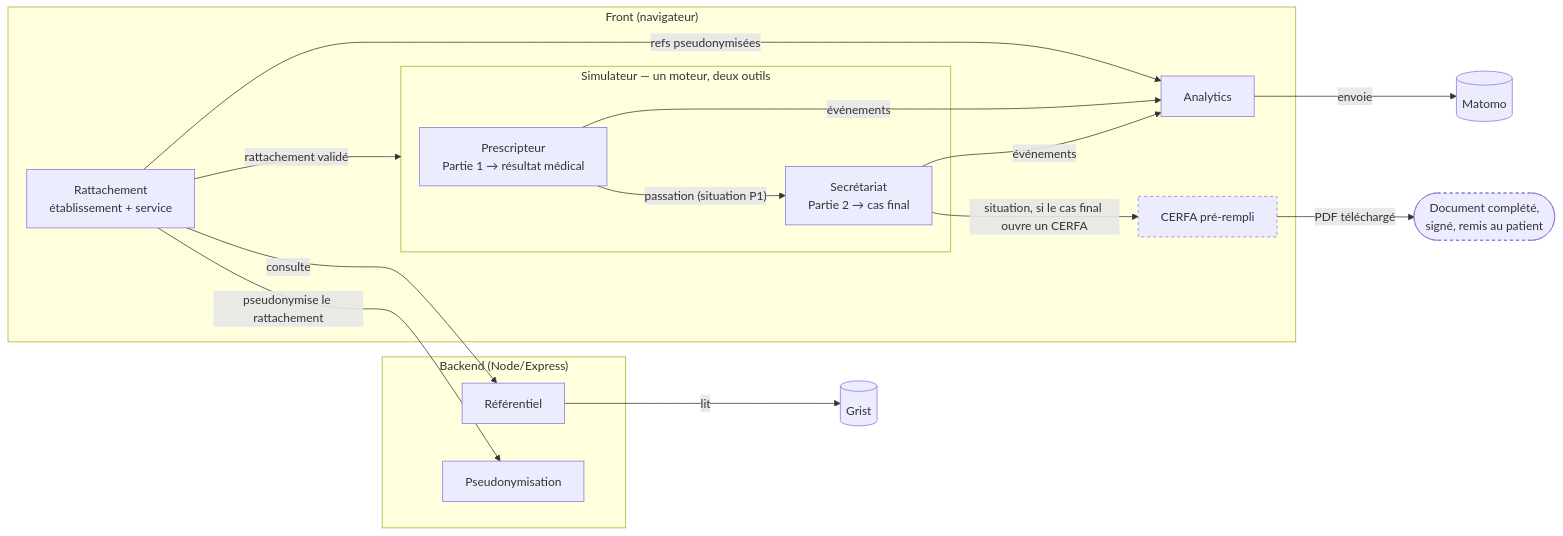
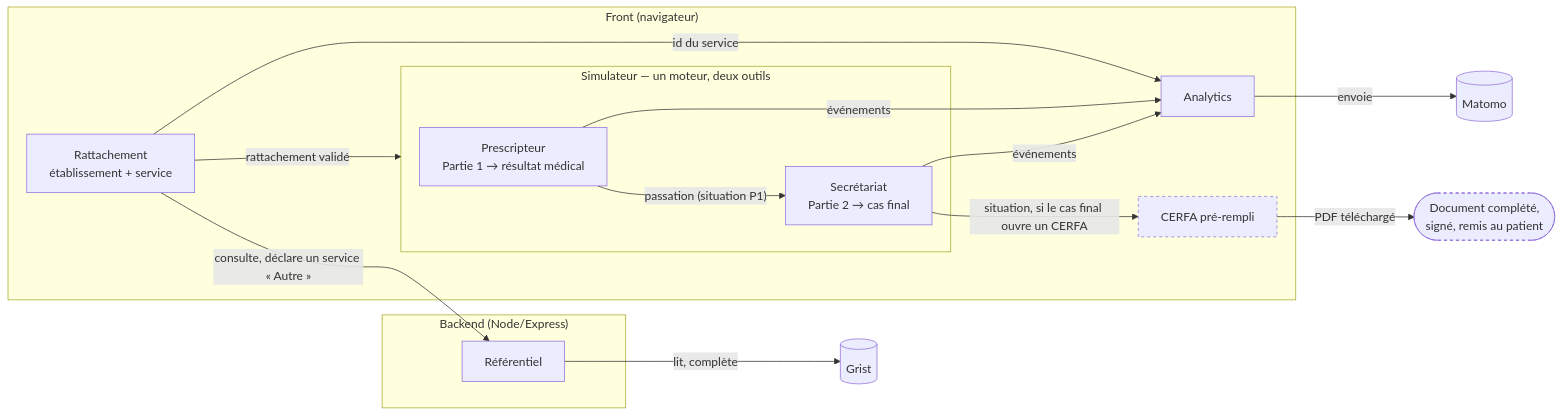
One commit to betagouv/transports-sanitaires changed the diagram in apps/simulateur-eligibilite/README.md. Above: the diagram before and after it, drawn with Mermaid. The commit also changed other lines of this file and 32 other files, not shown here.

````diff
--- a/apps/simulateur-eligibilite/README.md
+++ b/apps/simulateur-eligibilite/README.md
@@ -13,36 +13,34 @@
 ```mermaid
 flowchart LR
     subgraph front["Front (navigateur)"]
         Ident["Rattachement<br/>établissement + service"]
         subgraph simu["Simulateur — un moteur, deux outils"]
             Presc["Prescripteur<br/>Partie 1 → résultat médical"]
             Secr["Secrétariat<br/>Partie 2 → cas final"]
         end
         Cerfa["CERFA pré-rempli"]
         Analytics["Analytics"]
     end
 
     subgraph back["Backend (Node/Express)"]
         Ref["Référentiel"]
-        Pseudo["Pseudonymisation"]
     end
 
     Grist[("Grist")]
     Matomo[("Matomo")]
     Patient(["Document complété,<br/>signé, remis au patient"])
 
-    Ident -->|"consulte"| Ref
-    Ident -->|"pseudonymise le rattachement"| Pseudo
+    Ident -->|"consulte, déclare un service « Autre »"| Ref
     Ident -->|"rattachement validé"| simu
-    Ident -->|"refs pseudonymisées"| Analytics
+    Ident -->|"id du service"| Analytics
     Presc -->|"passation (situation P1)"| Secr
     Presc -->|"événements"| Analytics
     Secr -->|"événements"| Analytics
     Secr -->|"situation, si le cas final ouvre un CERFA"| Cerfa
     Cerfa -->|"PDF téléchargé"| Patient
-    Ref -->|"lit"| Grist
+    Ref -->|"lit, complète"| Grist
     Analytics -->|"envoie"| Matomo
 
     classDef nominatif stroke-dasharray:4
     class Cerfa,Patient nominatif
 ```
````
